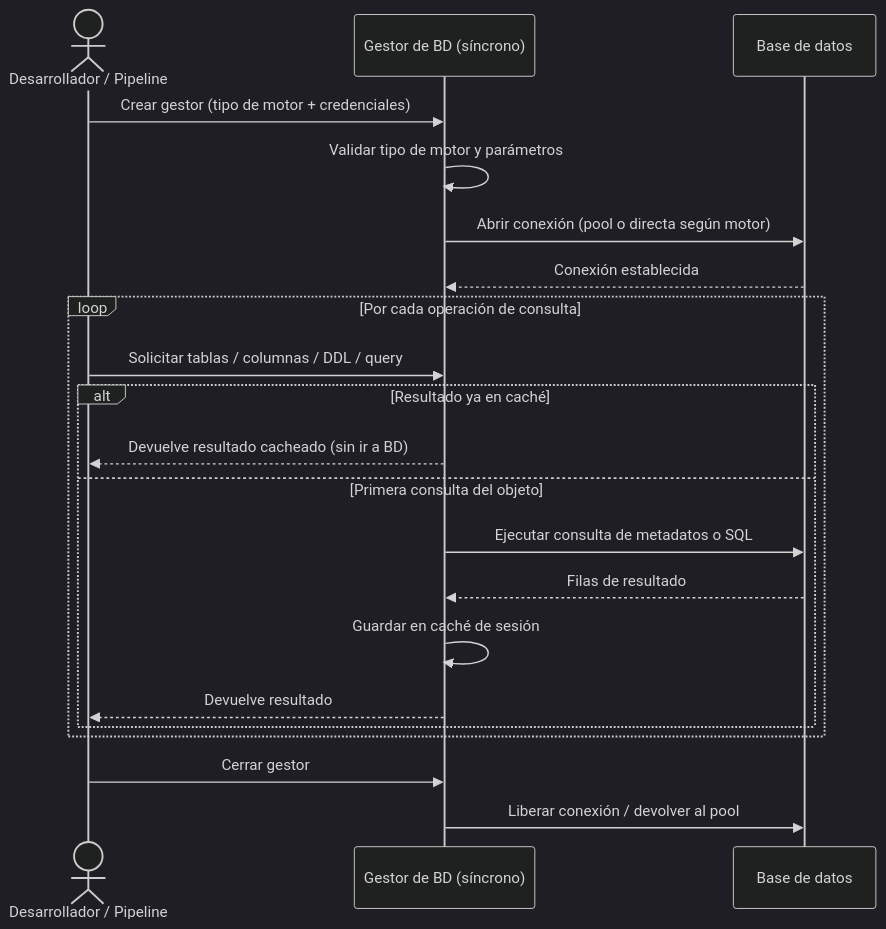
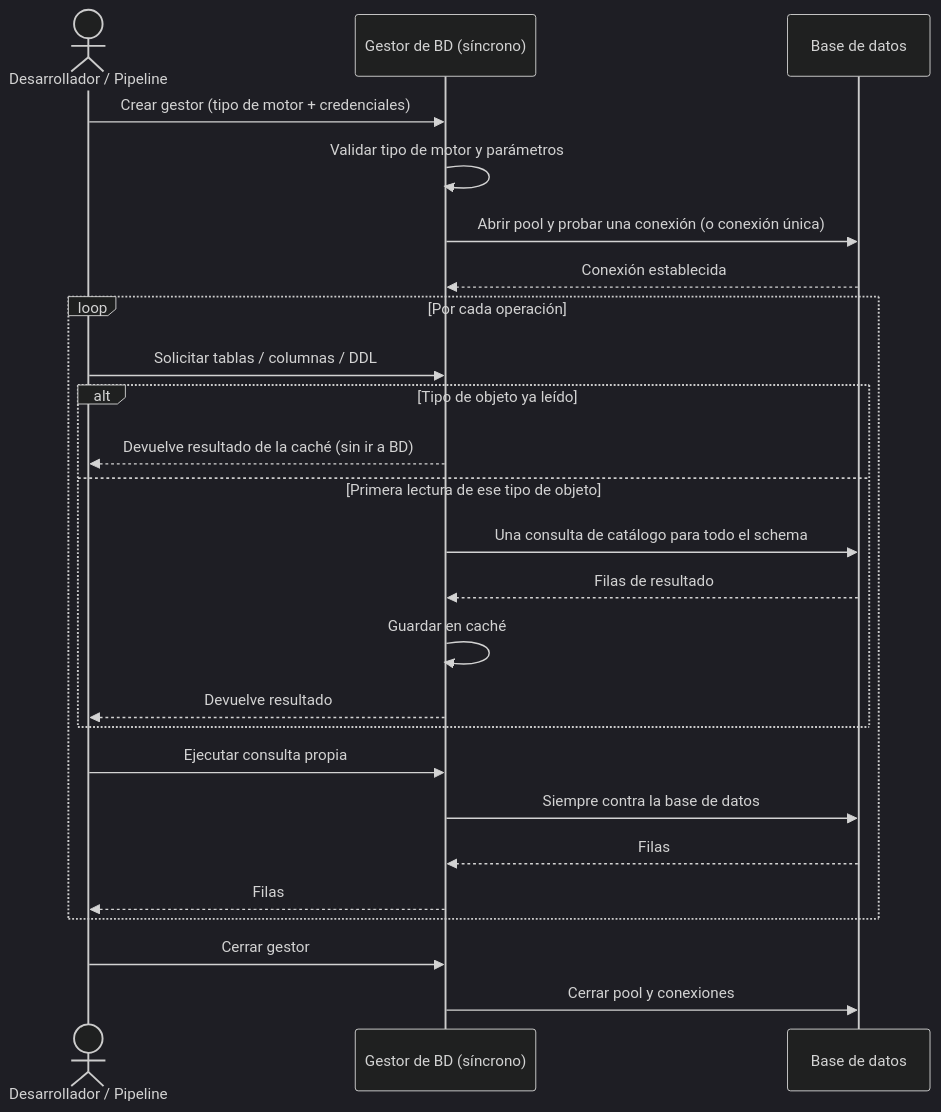
Before and after one commit to fmanza/util_bbdd: the diagram in docs/functional/managers_sync.md, drawn with Mermaid (dark theme). The commit also changed other lines of this file and 3 other files, not shown here.

````diff
--- a/docs/functional/managers_sync.md
+++ b/docs/functional/managers_sync.md
@@ -32,26 +47,30 @@
 ```mermaid
 sequenceDiagram
     actor Dev as Desarrollador / Pipeline
     participant Gestor as Gestor de BD (síncrono)
     participant BD as Base de datos
 
     Dev->>Gestor: Crear gestor (tipo de motor + credenciales)
     Gestor->>Gestor: Validar tipo de motor y parámetros
-    Gestor->>BD: Abrir conexión (pool o directa según motor)
+    Gestor->>BD: Abrir pool y probar una conexión (o conexión única)
     BD-->>Gestor: Conexión establecida
 
-    loop Por cada operación de consulta
-        Dev->>Gestor: Solicitar tablas / columnas / DDL / query
-        alt Resultado ya en caché
-            Gestor-->>Dev: Devuelve resultado cacheado (sin ir a BD)
-        else Primera consulta del objeto
-            Gestor->>BD: Ejecutar consulta de metadatos o SQL
+    loop Por cada operación
+        Dev->>Gestor: Solicitar tablas / columnas / DDL
+        alt Tipo de objeto ya leído
+            Gestor-->>Dev: Devuelve resultado de la caché (sin ir a BD)
+        else Primera lectura de ese tipo de objeto
+            Gestor->>BD: Una consulta de catálogo para todo el schema
             BD-->>Gestor: Filas de resultado
-            Gestor->>Gestor: Guardar en caché de sesión
+            Gestor->>Gestor: Guardar en caché
             Gestor-->>Dev: Devuelve resultado
         end
+        Dev->>Gestor: Ejecutar consulta propia
+        Gestor->>BD: Siempre contra la base de datos
+        BD-->>Gestor: Filas
+        Gestor-->>Dev: Filas
     end
 
     Dev->>Gestor: Cerrar gestor
-    Gestor->>BD: Liberar conexión / devolver al pool
+    Gestor->>BD: Cerrar pool y conexiones
 ```
````
